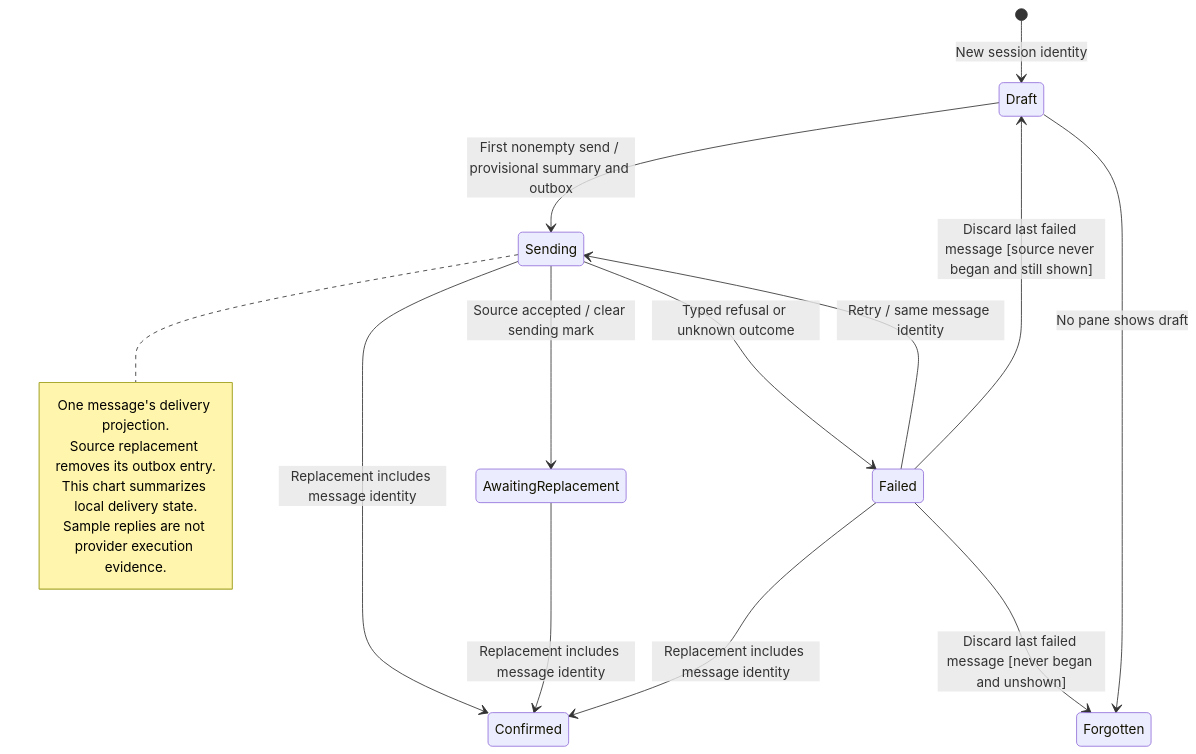
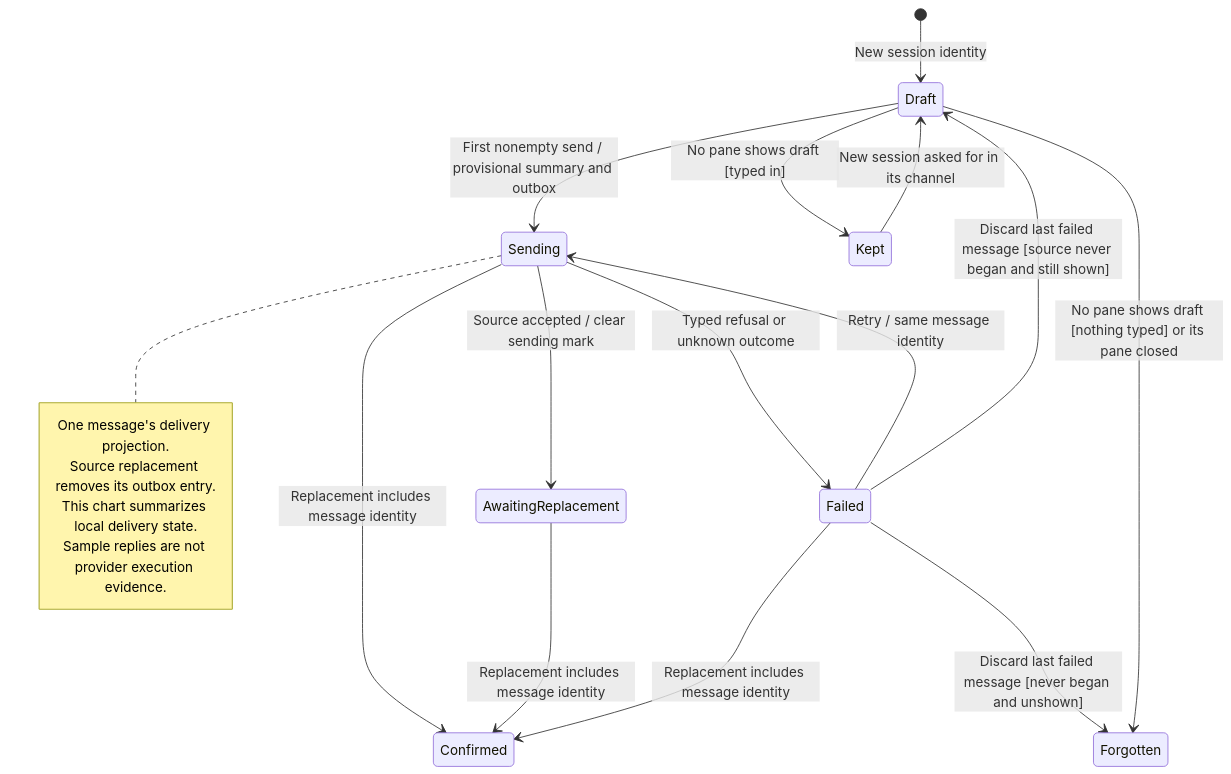
Before and after one commit to nessalabs/nessa-agent: the diagram in docs/state/services/desktop/workspace/start-a-workspace-session-send-and-retry.md, drawn with Mermaid. The commit also changed 108 other files, not shown here.

````diff
--- a/docs/state/services/desktop/workspace/start-a-workspace-session-send-and-retry.md
+++ b/docs/state/services/desktop/workspace/start-a-workspace-session-send-and-retry.md
@@ -27,20 +27,22 @@
 ```mermaid
 stateDiagram-v2
     [*] --> Draft: New session identity
     Draft --> Sending: First nonempty send / provisional summary and outbox
     Sending --> AwaitingReplacement: Source accepted / clear sending mark
     Sending --> Failed: Typed refusal or unknown outcome
     Failed --> Sending: Retry / same message identity
     Failed --> Draft: Discard last failed message [source never began and still shown]
     Failed --> Forgotten: Discard last failed message [never began and unshown]
     Sending --> Confirmed: Replacement includes message identity
     AwaitingReplacement --> Confirmed: Replacement includes message identity
     Failed --> Confirmed: Replacement includes message identity
-    Draft --> Forgotten: No pane shows draft
+    Draft --> Forgotten: No pane shows draft [nothing typed] or its pane closed
+    Draft --> Kept: No pane shows draft [typed in]
+    Kept --> Draft: New session asked for in its channel
     note right of Sending
         One message's delivery projection.
         Source replacement removes its outbox entry.
         This chart summarizes local delivery state.
         Sample replies are not provider execution evidence.
     end note
 ```
````
